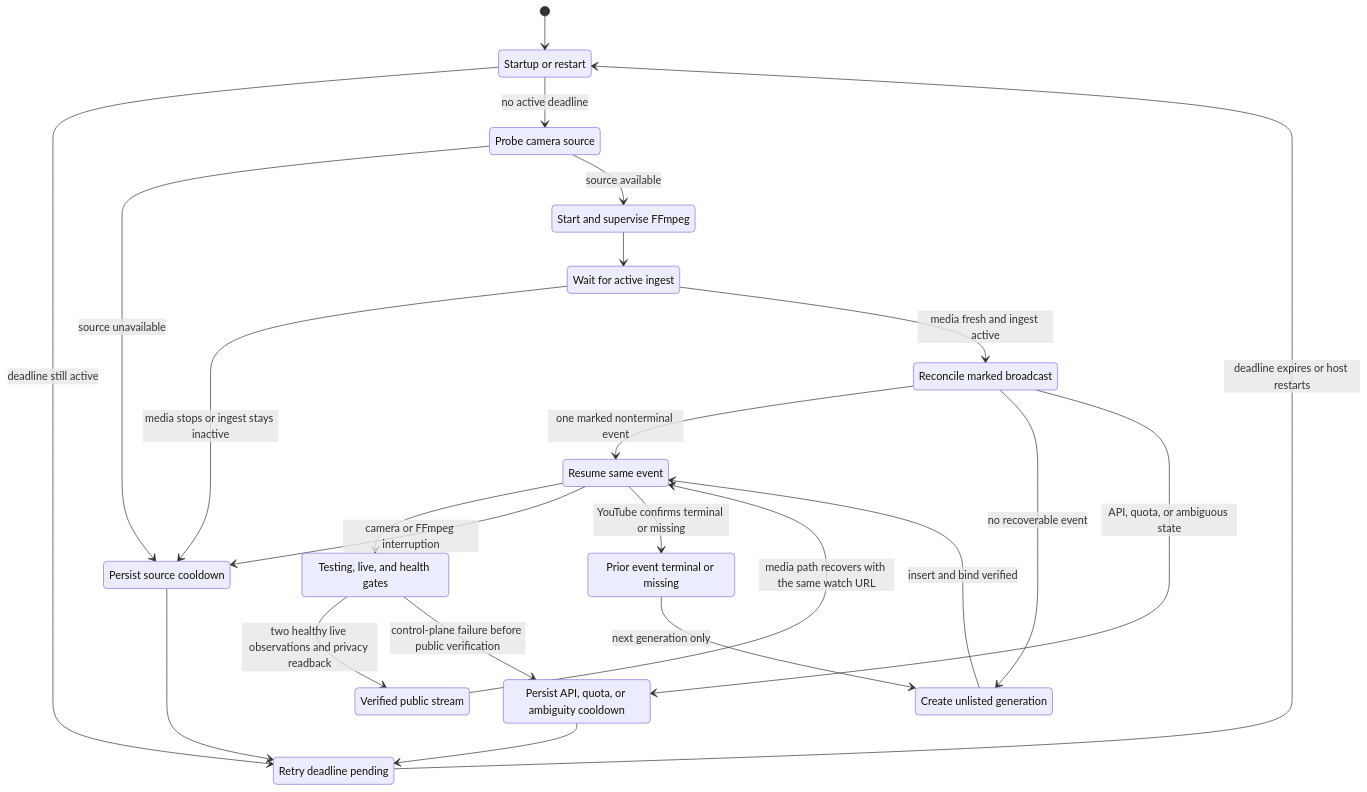
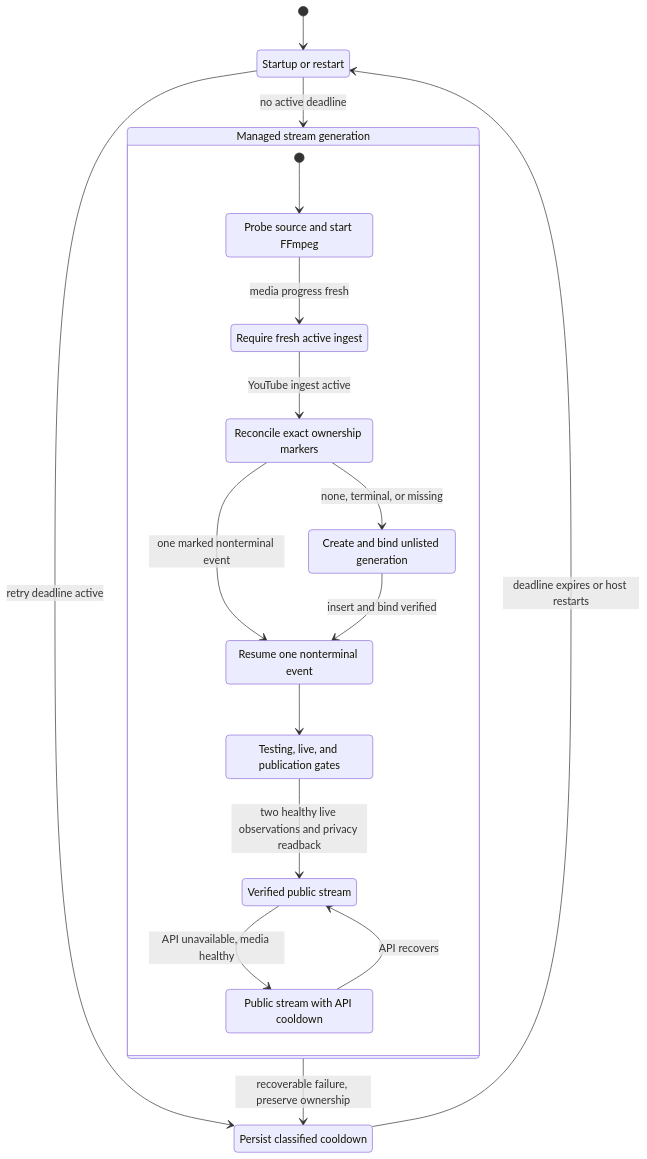
Before and after one commit to sumitake/YouTube-AutoEncoder: the second of 3 diagrams in README.md, drawn with Mermaid. The commit also changed other lines of this file and 2 other files, not shown here.

Commit message:
docs: improve diagram readability

````diff
--- a/README.md
+++ b/README.md
@@ -134,39 +137,32 @@
 ```mermaid
 stateDiagram-v2
     state "Startup or restart" as RecoveryStartup
-    state "Retry deadline pending" as RecoveryWait
-    state "Probe camera source" as RecoveryProbe
-    state "Start and supervise FFmpeg" as RecoveryEncoder
-    state "Wait for active ingest" as RecoveryIngest
-    state "Reconcile marked broadcast" as RecoveryReconcile
-    state "Resume same event" as RecoveryResume
-    state "Create unlisted generation" as RecoveryCreate
-    state "Testing, live, and health gates" as RecoveryGates
-    state "Verified public stream" as RecoveryStable
-    state "Persist source cooldown" as RecoverySourceBackoff
-    state "Persist API, quota, or ambiguity cooldown" as RecoveryControlBackoff
-    state "Prior event terminal or missing" as RecoveryTerminal
+    state "Managed stream generation" as RecoveryGeneration {
+        state "Probe source and start FFmpeg" as RecoveryMedia
+        state "Require fresh active ingest" as RecoveryIngest
+        state "Reconcile exact ownership markers" as RecoveryReconcile
+        state "Create and bind unlisted generation" as RecoveryCreate
+        state "Resume one nonterminal event" as RecoveryManaged
+        state "Testing, live, and publication gates" as RecoveryGates
+        state "Verified public stream" as RecoveryStable
+        state "Public stream with API cooldown" as RecoveryPublicFallback
+
+        [*] --> RecoveryMedia
+        RecoveryMedia --> RecoveryIngest : media progress fresh
+        RecoveryIngest --> RecoveryReconcile : YouTube ingest active
+        RecoveryReconcile --> RecoveryManaged : one marked nonterminal event
+        RecoveryReconcile --> RecoveryCreate : none, terminal, or missing
+        RecoveryCreate --> RecoveryManaged : insert and bind verified
+        RecoveryManaged --> RecoveryGates
+        RecoveryGates --> RecoveryStable : two healthy live observations and privacy readback
+        RecoveryStable --> RecoveryPublicFallback : API unavailable, media healthy
+        RecoveryPublicFallback --> RecoveryStable : API recovers
+    }
+    state "Persist classified cooldown" as RecoveryBackoff
 
     [*] --> RecoveryStartup
-    RecoveryStartup --> RecoveryWait : deadline still active
-    RecoveryWait --> RecoveryStartup : deadline expires or host restarts
-    RecoveryStartup --> RecoveryProbe : no active deadline
-    RecoveryProbe --> RecoverySourceBackoff : source unavailable
-    RecoverySourceBackoff --> RecoveryWait
-    RecoveryProbe --> RecoveryEncoder : source available
-    RecoveryEncoder --> RecoveryIngest
-    RecoveryIngest --> RecoverySourceBackoff : media stops or ingest stays inactive
-    RecoveryIngest --> RecoveryReconcile : media fresh and ingest active
-    RecoveryReconcile --> RecoveryResume : one marked nonterminal event
-    RecoveryReconcile --> RecoveryCreate : no recoverable event
-    RecoveryReconcile --> RecoveryControlBackoff : API, quota, or ambiguous state
-    RecoveryCreate --> RecoveryResume : insert and bind verified
-    RecoveryResume --> RecoveryGates
-    RecoveryGates --> RecoveryStable : two healthy live observations and privacy readback
-    RecoveryResume --> RecoverySourceBackoff : camera or FFmpeg interruption
-    RecoveryGates --> RecoveryControlBackoff : control-plane failure before public verification
-    RecoveryControlBackoff --> RecoveryWait
-    RecoveryStable --> RecoveryResume : media path recovers with the same watch URL
-    RecoveryResume --> RecoveryTerminal : YouTube confirms terminal or missing
-    RecoveryTerminal --> RecoveryCreate : next generation only
+    RecoveryStartup --> RecoveryBackoff : retry deadline active
+    RecoveryBackoff --> RecoveryStartup : deadline expires or host restarts
+    RecoveryStartup --> RecoveryGeneration : no active deadline
+    RecoveryGeneration --> RecoveryBackoff : recoverable failure, preserve ownership
 ```
````
